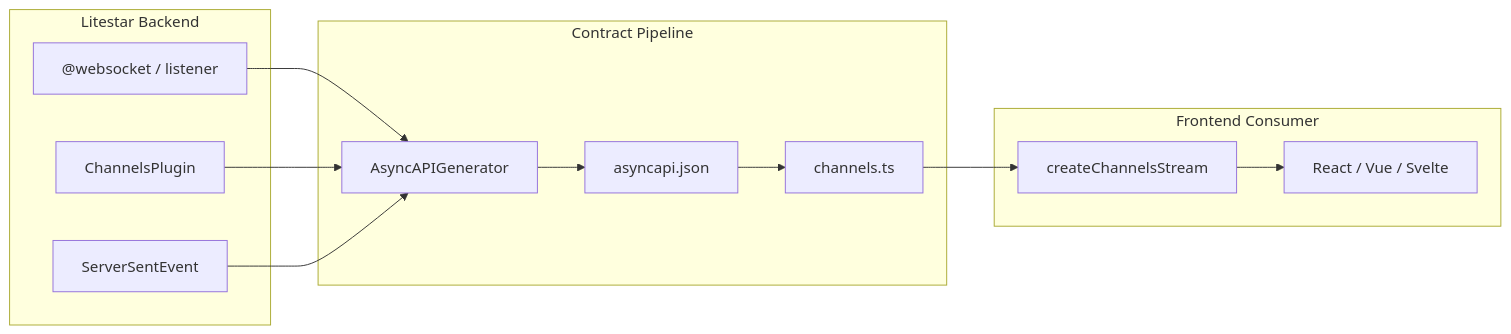
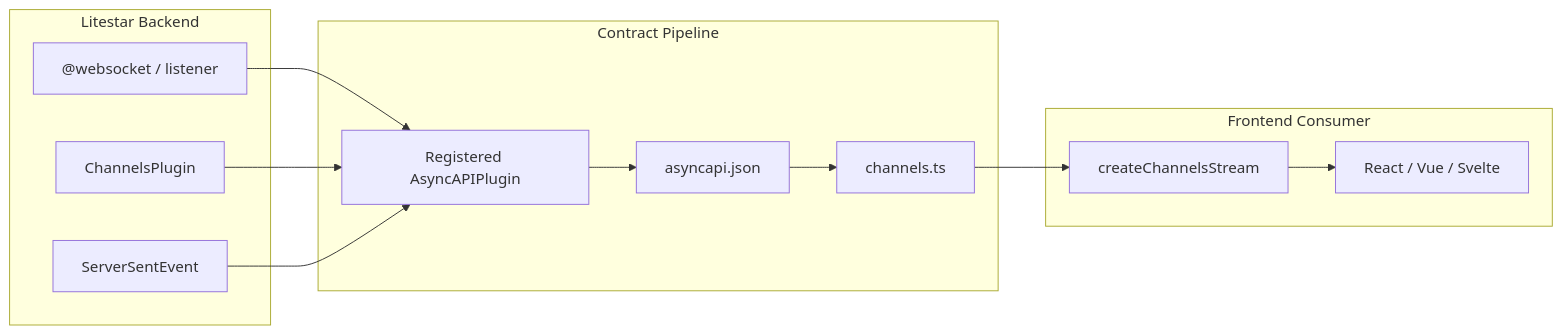
One commit to litestar-org/litestar-vite changed the diagram in docs/realtime/index.rst. Above: the diagram before and after it, drawn with Mermaid. The commit also changed other lines of this file and 137 other files, not shown here.

```diff
--- a/docs/realtime/index.rst
+++ b/docs/realtime/index.rst
@@ -57,27 +57,27 @@
 .. mermaid::
 
    flowchart LR
        subgraph Backend ["Litestar Backend"]
            WS["@websocket / listener"]
            CH["ChannelsPlugin"]
            SSE["ServerSentEvent"]
        end
 
        subgraph Pipeline ["Contract Pipeline"]
-           GEN["AsyncAPIGenerator"]
+           GEN["Registered AsyncAPIPlugin"]
            SCHEMA["asyncapi.json"]
            TS["channels.ts"]
        end
 
        subgraph Frontend ["Frontend Consumer"]
            HELPERS["createChannelsStream"]
            UI["React / Vue / Svelte"]
        end
 
        WS --> GEN
        CH --> GEN
        SSE --> GEN
        GEN --> SCHEMA
        SCHEMA --> TS
        TS --> HELPERS
        HELPERS --> UI
```
